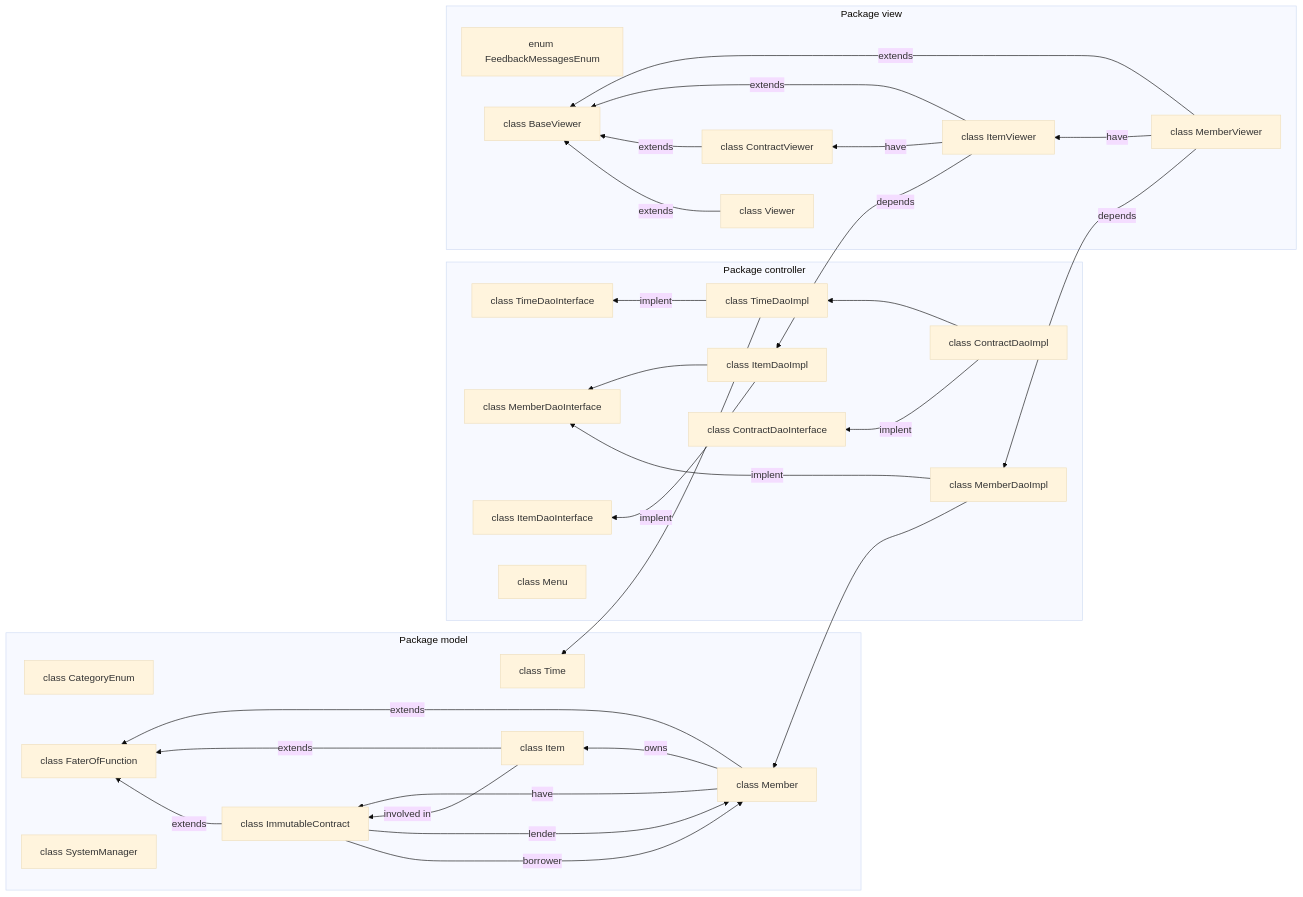
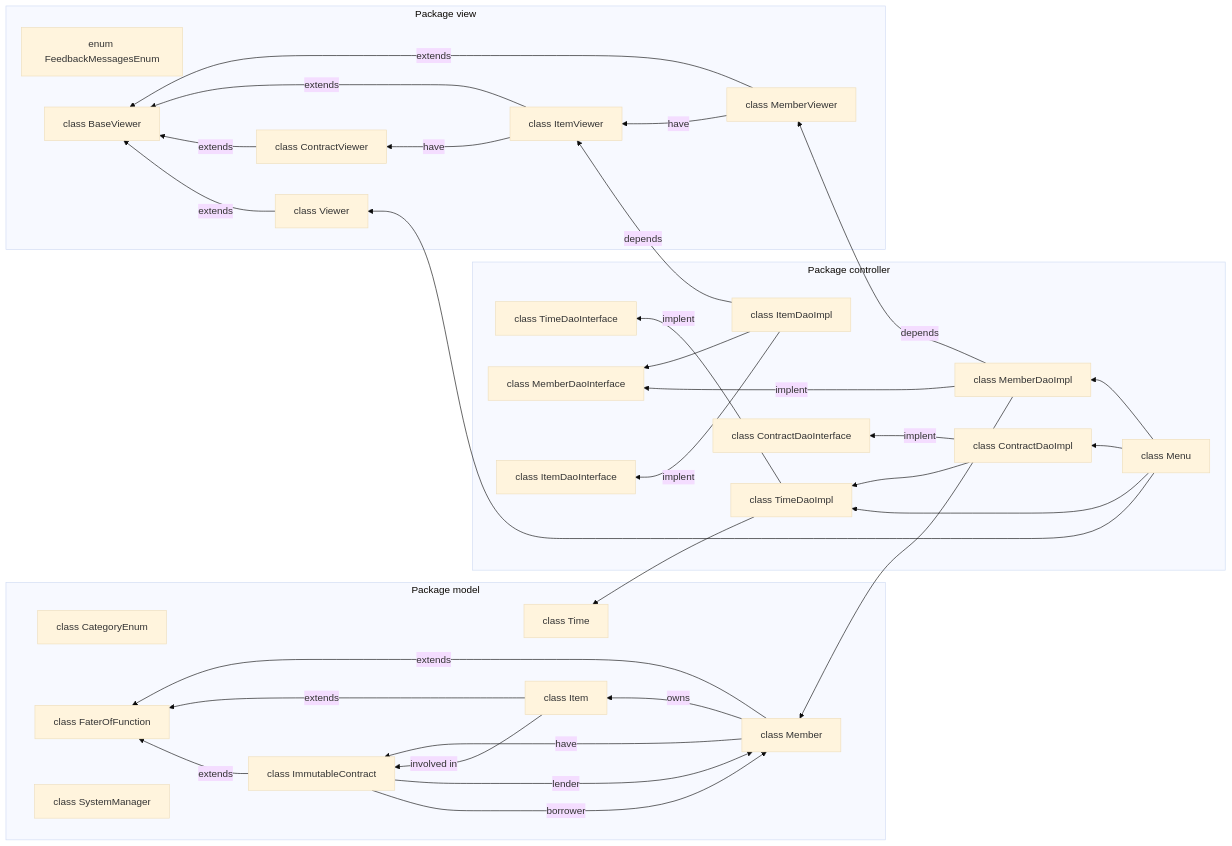
One commit to ashkar99/Stuff-Lending-System changed the first of 5 diagrams in design.md. Above: the diagram before and after it, drawn with Mermaid (base theme).

Commit message:
Update file design.md

````diff
--- a/design.md
+++ b/design.md
@@ -2,72 +2,81 @@
 ```mermaid
 
 graph RL
     subgraph Package model
     model1[class Time]
     model2[class Member]
     model3[class Item]
     model4[class CategoryEnum]
     model5[class ImmutableContract]
     model6[class FaterOfFunction]
     model7[class SystemManager ]
 
     end
 
     subgraph Package controller
     controller1[class TimeDaoImpl]  
     controller2[class TimeDaoInterface]      
     controller3[class MemberDaoInterface] 
     controller4[class MemberDaoImpl]     
     controller5[class ItemDaoInterface]  
     controller6[class ItemDaoImpl]       
     controller7[class ContractDaoInterface] 
     controller8[class ContractDaoImpl]
     controller9[ class Menu]
         
     end
 
     subgraph Package view
     view1[class MemberViewer]
     view2[class ItemViewer]
     view3[class ContractViewer]
     view4[enum FeedbackMessagesEnum]
     view5[class BaseViewer]
     view6[class Viewer]
     
     end
 
     controller6 --> controller3
     controller8 --> controller1
 
+    controller9 --> controller4
+    controller9 --> controller1
+    controller9 --> controller8
+    controller9 --> view6
+
+
+
+
 
     model2 --"owns"--> model3 
     model2 --"have"--> model5 
     model3 --"involved in"--> model5 
     model5 --"lender"--> model2 
     model5 --"borrower"--> model2 
 
     
     model2 --"extends"--> model6
     model3 --"extends"--> model6
     model5 --"extends"--> model6
     
     view1 --"have"--> view2
     view2 --"have"--> view3
 
     controller6 --"implent"--> controller5  
     controller4 --"implent"--> controller3 
     controller8 --"implent"--> controller7  
     controller1 --"implent"--> controller2 
     
 
     controller1 --> model1
     controller4 --> model2
     
-    view2 --"depends"--> controller6
-    view1 --"depends"--> controller4
+    controller6 --"depends"--> view2 
+    controller4--"depends"--> view1
+
     view1 --"extends"--> view5
     view2 --"extends"--> view5
     view3 --"extends"--> view5
     view6 --"extends"--> view5
 
 ```
````
